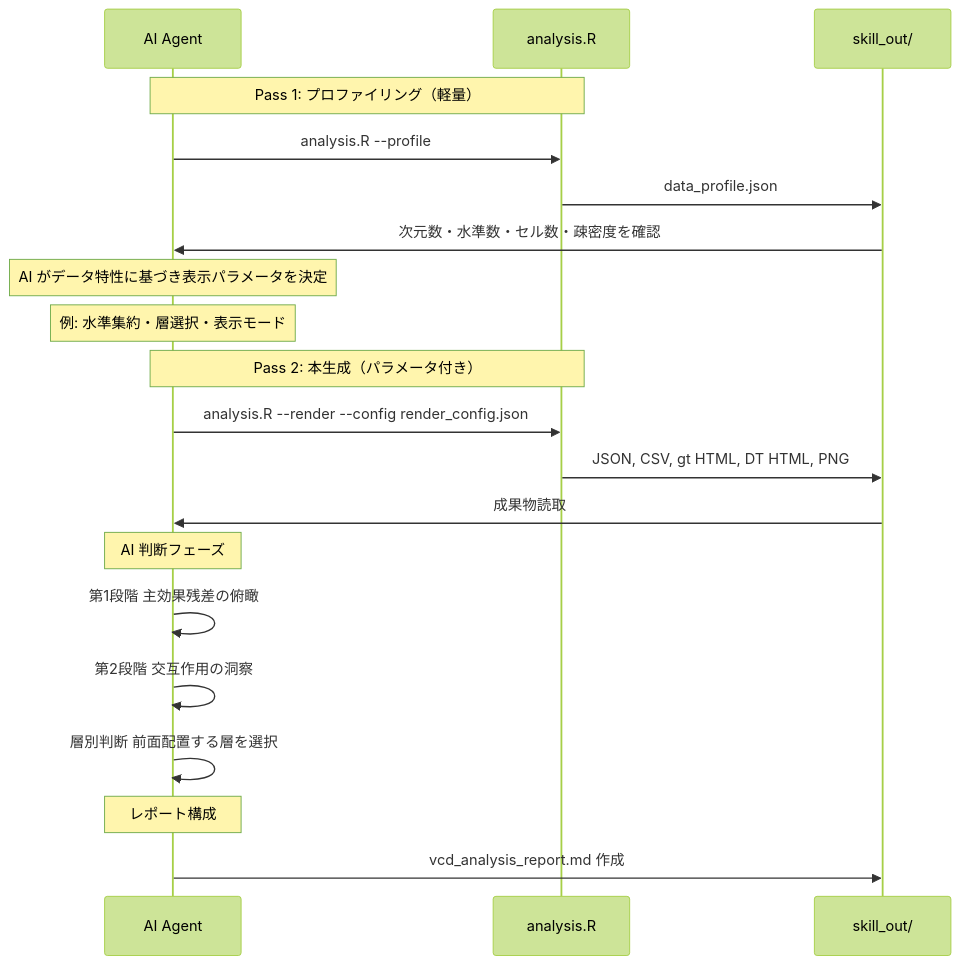
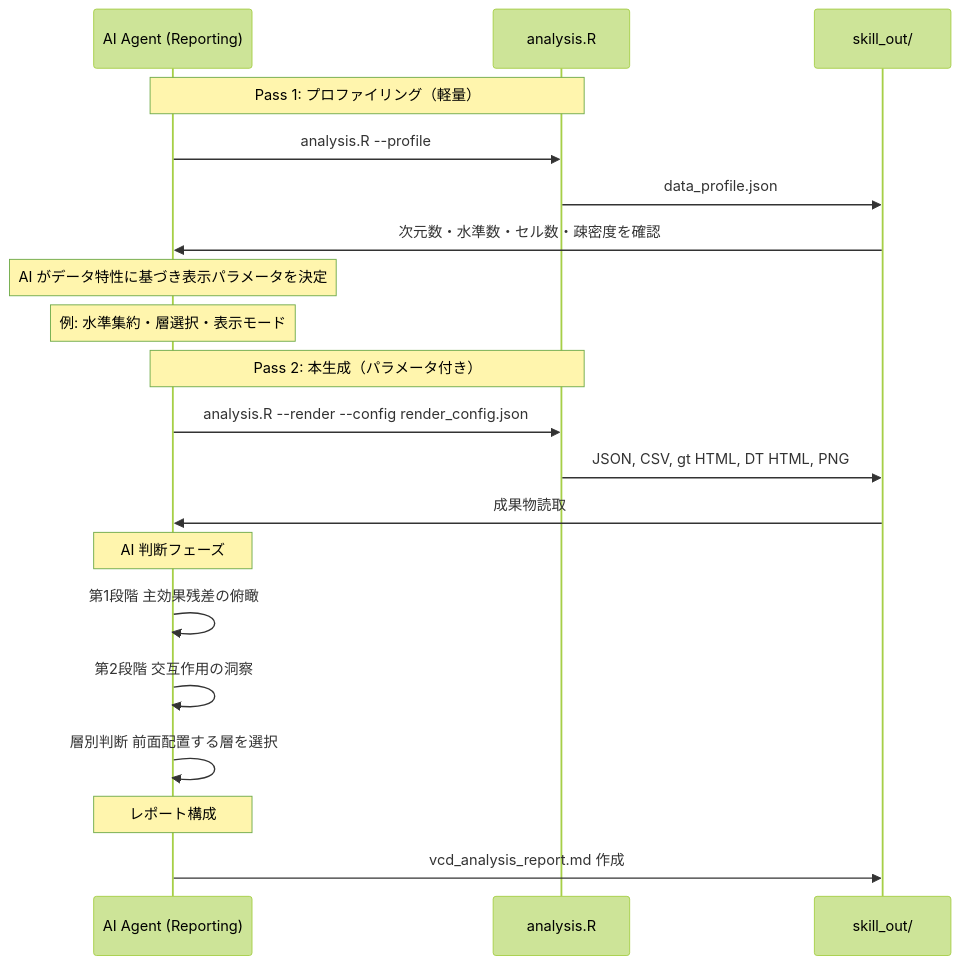
One commit to syrius2000/rwd-mysql-skill-toolkit changed the diagram in .cursor/skills/vcd-categorical-reporting/references/workflow.md. Above: the diagram before and after it, drawn with Mermaid (forest theme). The commit also changed other lines of this file and 106 other files, not shown here.

````diff
--- a/.cursor/skills/vcd-categorical-reporting/references/workflow.md
+++ b/.cursor/skills/vcd-categorical-reporting/references/workflow.md
@@ -5,27 +5,27 @@
 ```mermaid
 sequenceDiagram
-    participant AI as AI Agent
+    participant AI as AI Agent (Reporting)
     participant R as analysis.R
     participant Out as skill_out/
 
     Note over AI,R: Pass 1: プロファイリング（軽量）
     AI->>R: analysis.R --profile
     R->>Out: data_profile.json
     Out->>AI: 次元数・水準数・セル数・疎密度を確認
 
     Note over AI: AI がデータ特性に基づき表示パラメータを決定
     Note over AI: 例: 水準集約・層選択・表示モード
 
     Note over AI,R: Pass 2: 本生成（パラメータ付き）
     AI->>R: analysis.R --render --config render_config.json
     R->>Out: JSON, CSV, gt HTML, DT HTML, PNG
     Out->>AI: 成果物読取
 
     Note over AI: AI 判断フェーズ
     AI->>AI: 第1段階 主効果残差の俯瞰
     AI->>AI: 第2段階 交互作用の洞察
     AI->>AI: 層別判断 前面配置する層を選択
 
     Note over AI: レポート構成
     AI->>Out: vcd_analysis_report.md 作成
 ```
````
